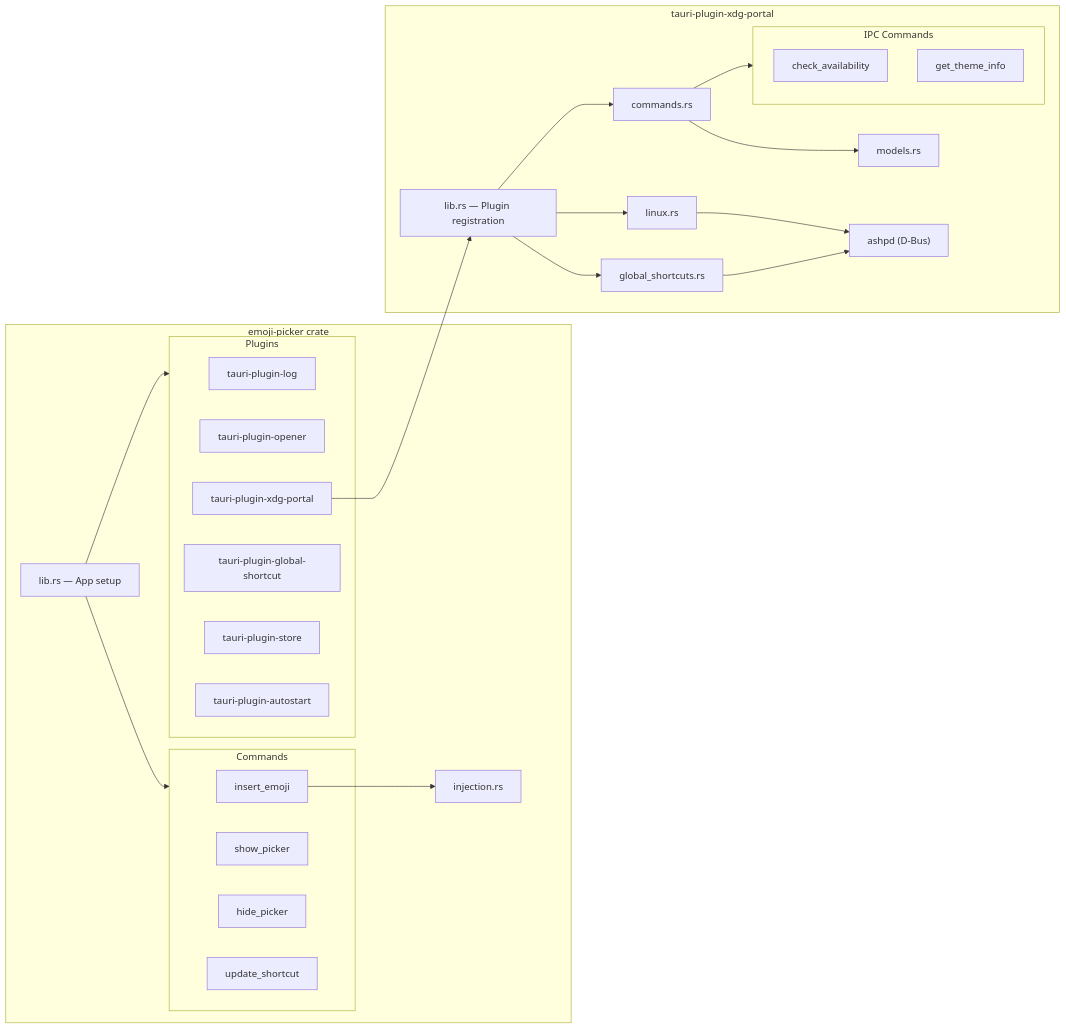
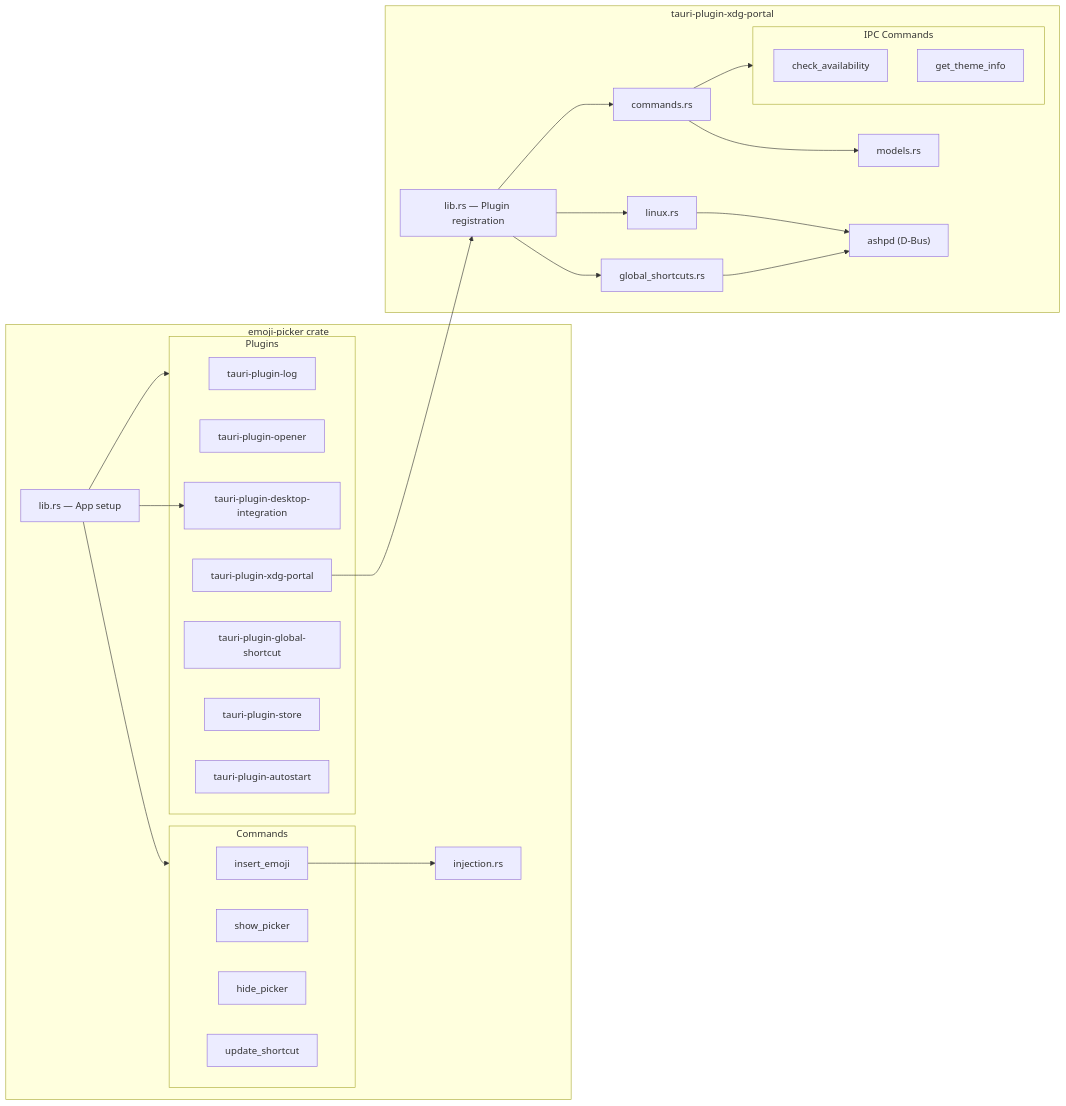
One commit to liminal-hq/emoji-nook changed the third of 10 diagrams in docs/architecture.md. Above: the diagram before and after it, drawn with Mermaid. The commit also changed other lines of this file and 5 other files, not shown here.

````diff
--- a/docs/architecture.md
+++ b/docs/architecture.md
@@ -122,46 +122,48 @@
 ```mermaid
 graph LR
     subgraph AppCrate["emoji-picker crate"]
         Lib["lib.rs — App setup"]
         Injection["injection.rs"]
         Lib --> Plugins
         Lib --> Commands
 
         subgraph Plugins
             Log["tauri-plugin-log"]
             Opener["tauri-plugin-opener"]
+            Desktop["tauri-plugin-desktop-integration"]
             XDG["tauri-plugin-xdg-portal"]
             GlobalSC["tauri-plugin-global-shortcut"]
             StorePlugin["tauri-plugin-store"]
             Autostart["tauri-plugin-autostart"]
         end
 
         subgraph Commands
             InsertEmoji["insert_emoji"]
             ShowPicker["show_picker"]
             HidePicker["hide_picker"]
             UpdateShortcut["update_shortcut"]
         end
 
         InsertEmoji --> Injection
+        Lib --> Desktop
     end
 
     subgraph PluginCrate["tauri-plugin-xdg-portal"]
         PluginLib["lib.rs — Plugin registration"]
         PluginLib --> Cmds["commands.rs"]
         PluginLib --> Linux["linux.rs"]
         PluginLib --> Shortcuts["global_shortcuts.rs"]
         Cmds --> Models["models.rs"]
         Linux --> ASHPD["ashpd (D-Bus)"]
         Shortcuts --> ASHPD
 
         subgraph PortalCommands["IPC Commands"]
             CheckAvail["check_availability"]
             GetTheme["get_theme_info"]
         end
 
         Cmds --> PortalCommands
     end
 
     XDG --> PluginLib
 ```
````
